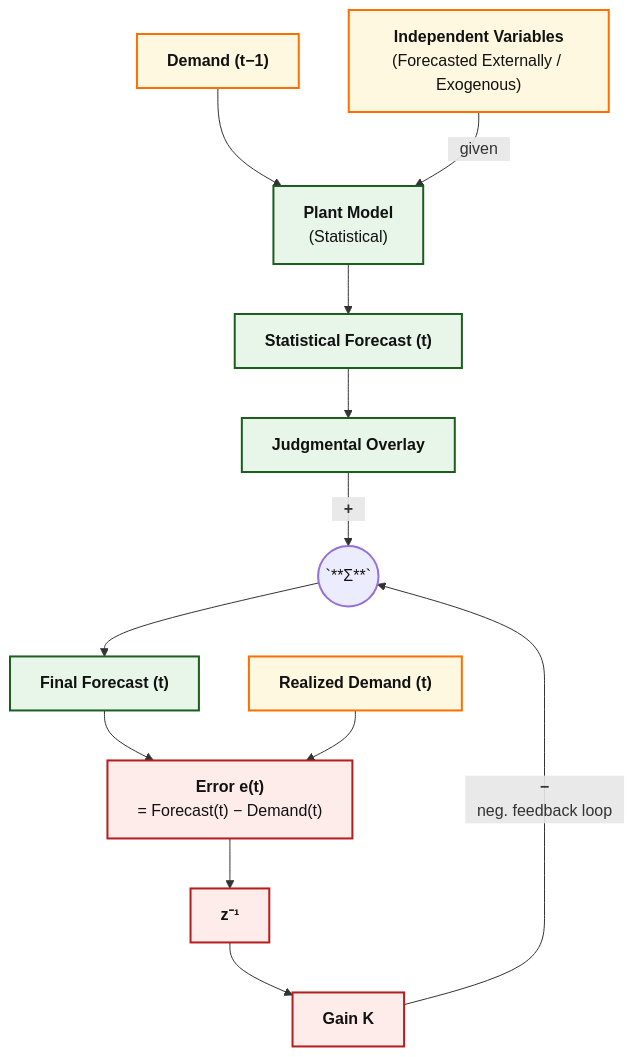
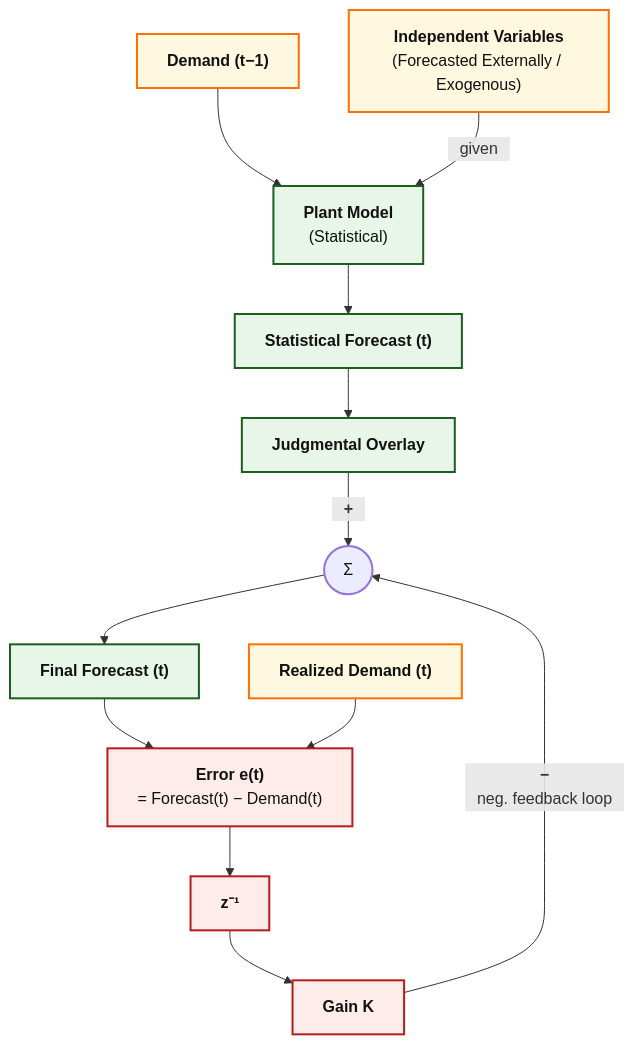
Before and after one commit to Tellusant/docs: the diagram in articles-posts/judgmental-mechanical.md, drawn with Mermaid.

```diff
--- a/articles-posts/judgmental-mechanical.md
+++ b/articles-posts/judgmental-mechanical.md
@@ -24,52 +24,52 @@
 <div class="mermaid">
   
 flowchart TD
 
 %%{init: {'themeVariables': { 'fontFamily': 'Arial'}}}%%
 %% ===== Inputs =====
 D1["`**Demand (t−1)**`"]:::orange
 X["`**Independent Variables**<br/>(Forecasted Externally / Exogenous)`"]:::orange
 
 %% ===== Baseline model =====
 M["`**Plant Model**<br/>(Statistical)`"]:::green
 S["`**Statistical Forecast (t)**`"]:::green
 
 %% ===== Judgment and correction =====
 J["`**Judgmental Overlay**`"]:::green
-Sum((`**Σ**`)):::base
+Sum((⠀Σ⠀)):::base
 K["`**Gain K**`"]:::red
 F["`**Final Forecast (t)**`"]:::green
 
 %% ===== Realized demand =====
 R["`**Realized Demand (t)**`"]:::orange
 
 %% ===== Error and delay =====
 E["`**Error e(t)**<br/>= Forecast(t) − Demand(t)`"]:::red
 Delay["`**z⁻¹**`"]:::red
 
 %% ===== Forward path =====
 D1 --> M
 X -->|⠀given⠀| M
 M --> S
 S --> J
 J -->|"`⠀**+**⠀`"| Sum
 Sum --> F
 
 %% ===== Error computation =====
 F --> E
 R --> E
 
 %% ===== Feedback =====
 E --> Delay
 Delay --> K
 K -->|"`⠀**−**⠀<br/>⠀neg. feedback loop⠀`"| Sum
 
 %% ========= STYLES =========
 classDef green   fill:#E8F5E9,stroke:#1B5E20,stroke-width:2px,color:#111;
 classDef blue    fill:#E3F2FD,stroke:#0D47A1,stroke-width:2px,color:#111;
 classDef orange  fill:#FFF8E1,stroke:#FF6F00,stroke-width:2px,color:#111;
 classDef red     fill:#FDECEA,stroke:#B71C1C,stroke-width:2px,color:#111;
 classDef grey    fill:#F5F5F5,stroke:#424242,stroke-width:2px,color:#111;
 classDef base    fill:#ECECFF,stroke:#9370DB,stroke-width:2px,color:#111;
 
 </div>
```
